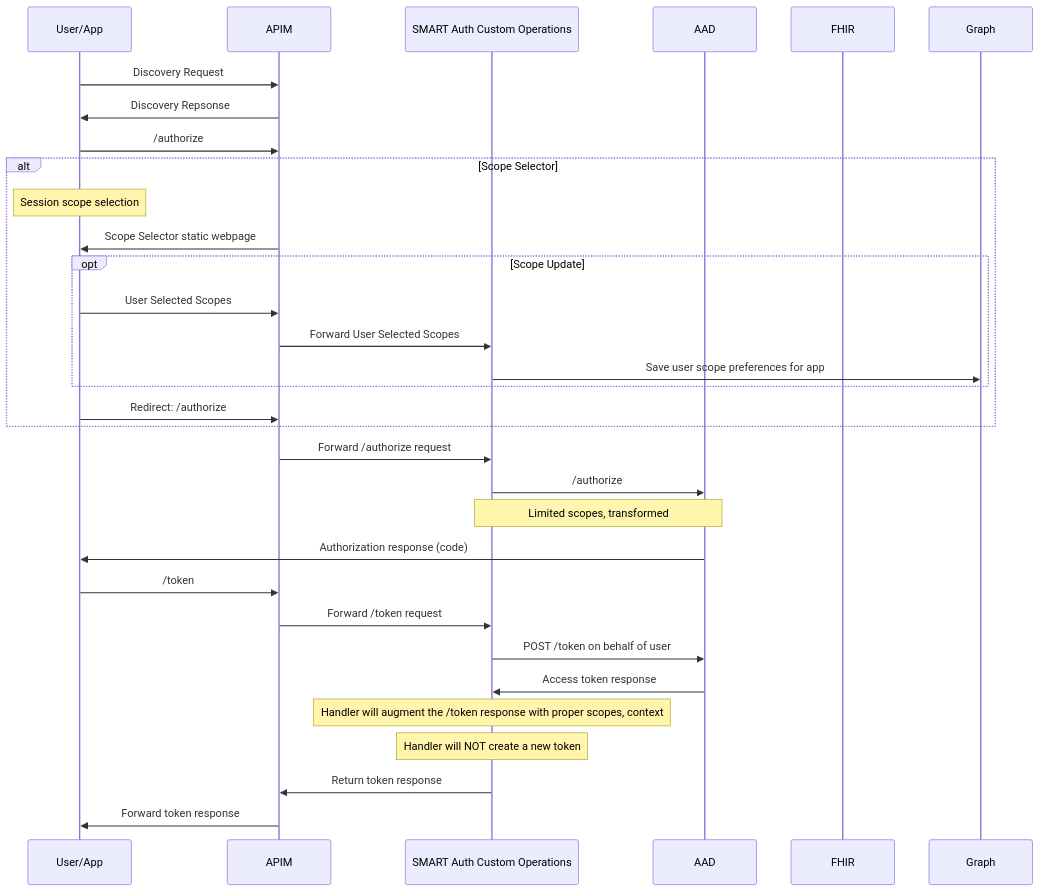
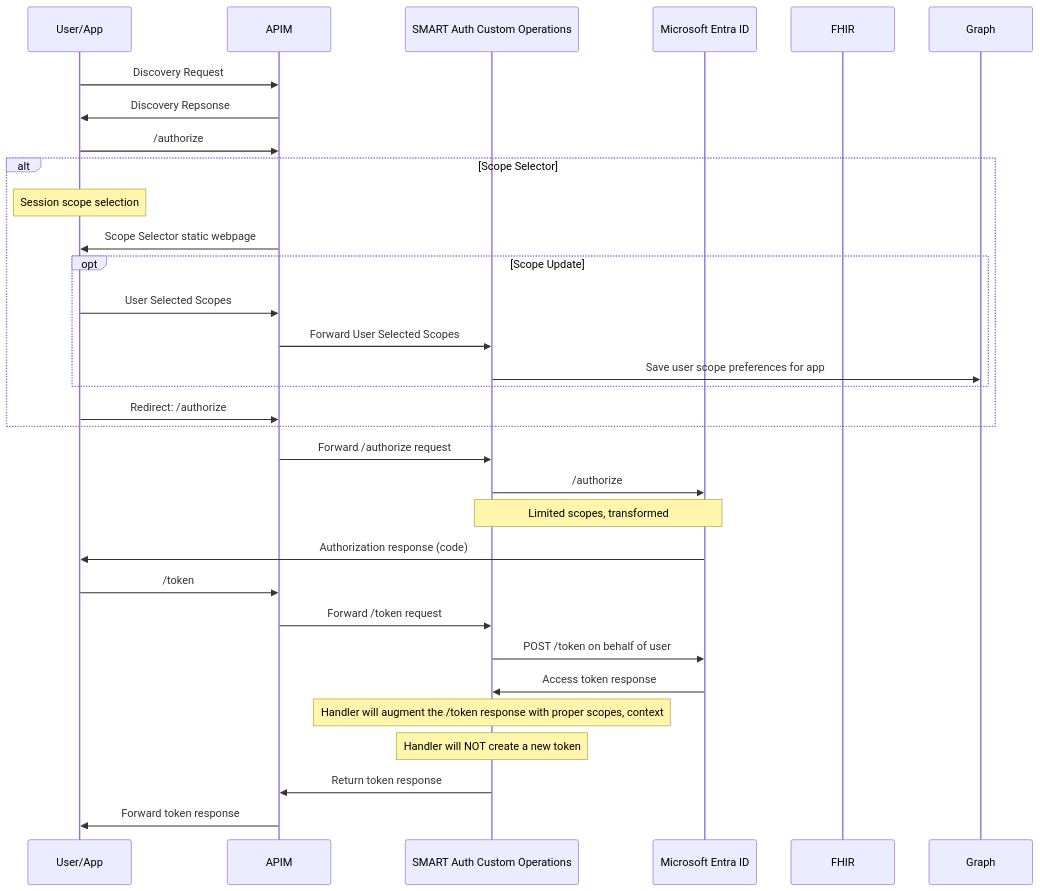
Before and after one commit to Azure-Samples/azure-health-data-and-ai-samples: the third of 3 diagrams in samples/smartonfhir/docs/technical-guide.md, drawn with Mermaid. The commit also changed other lines of this file and 140 other files, not shown here.

````diff
--- a/samples/smartonfhir/docs/technical-guide.md
+++ b/samples/smartonfhir/docs/technical-guide.md
@@ -101,36 +101,36 @@
 ```mermaid
   sequenceDiagram
     participant User/App
     participant APIM
     participant SMART Auth Custom Operations
-    participant AAD
+    participant Microsoft Entra ID
     participant FHIR
     participant Graph
     User/App ->> APIM: Discovery Request
     APIM ->> User/App: Discovery Repsonse
     User/App ->> APIM: /authorize
     alt Scope Selector
         note over User/App: Session scope selection
         APIM ->> User/App: Scope Selector static webpage
         opt Scope Update
             User/App ->> APIM: User Selected Scopes
             APIM ->> SMART Auth Custom Operations:  Forward User Selected Scopes
             SMART Auth Custom Operations ->> Graph: Save user scope preferences for app
         end
         
         User/App ->> APIM: Redirect: /authorize        
     end
 
     APIM ->> SMART Auth Custom Operations: Forward /authorize request    
-    SMART Auth Custom Operations ->> AAD: /authorize
-    note over SMART Auth Custom Operations, AAD: Limited scopes, transformed
-    AAD ->> User/App: Authorization response (code)
+    SMART Auth Custom Operations ->> Microsoft Entra ID: /authorize
+    note over SMART Auth Custom Operations, Microsoft Entra ID: Limited scopes, transformed
+    Microsoft Entra ID ->> User/App: Authorization response (code)
     User/App ->> APIM: /token
     APIM ->> SMART Auth Custom Operations: Forward /token request
-    SMART Auth Custom Operations ->> AAD: POST /token on behalf of user
-    AAD ->> SMART Auth Custom Operations: Access token response
+    SMART Auth Custom Operations ->> Microsoft Entra ID: POST /token on behalf of user
+    Microsoft Entra ID ->> SMART Auth Custom Operations: Access token response
     note over SMART Auth Custom Operations: Handler will augment the /token response with proper scopes, context
     note over SMART Auth Custom Operations: Handler will NOT create a new token
     SMART Auth Custom Operations ->> APIM: Return token response
     APIM ->> User/App: Forward token response
 ```
````
